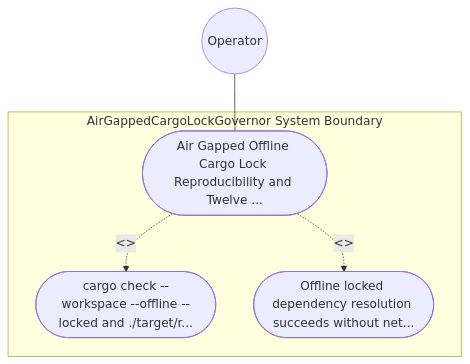
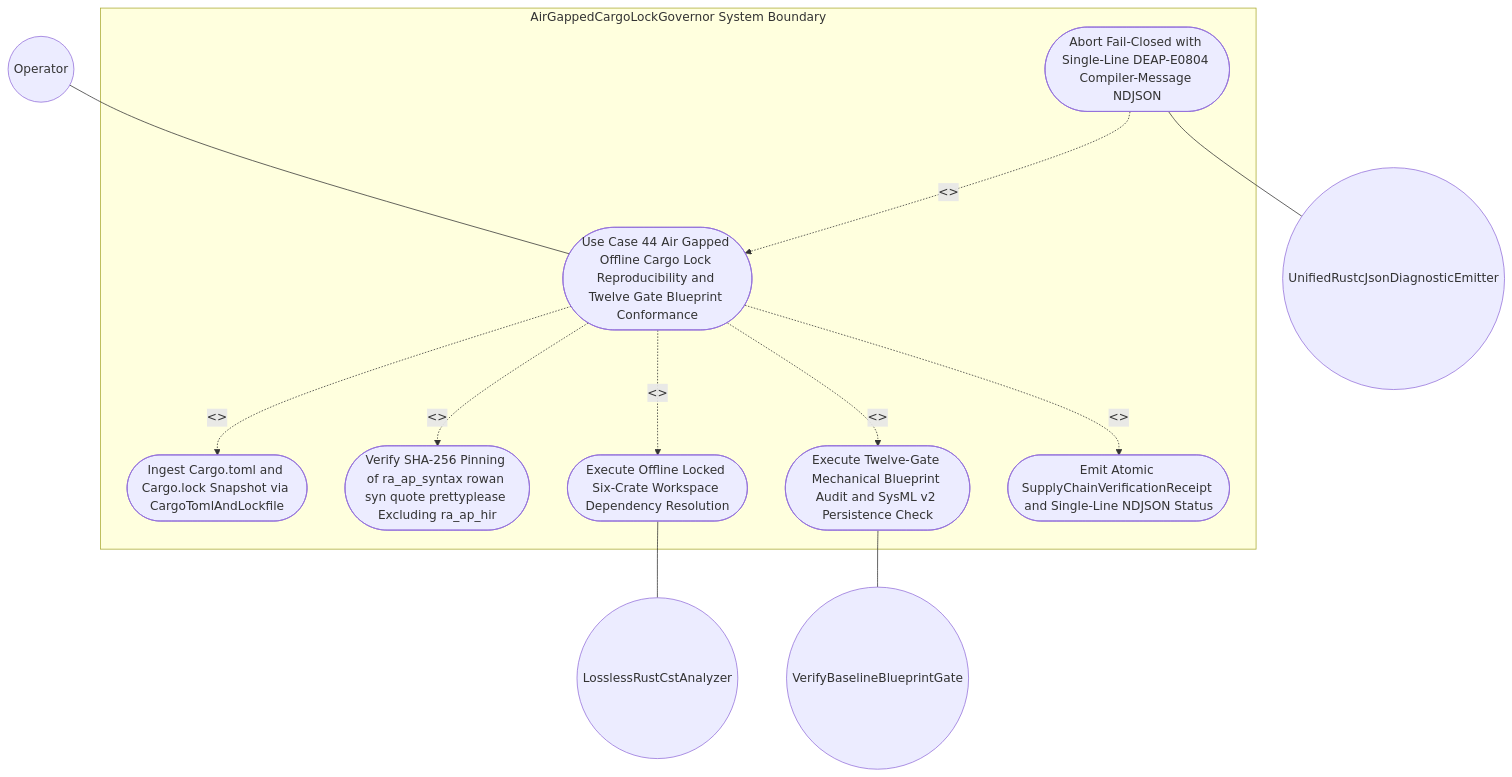
One commit to gintatkinson/DEAP01-spec-core changed the diagram in .pipeline/upstream/docs/use-cases/UC-44-Air_Gapped_Offline_Cargo_Lock_Reproducibility_and_Twelve_Gate_Blueprint_Conformance.md. Above: the diagram before and after it, drawn with Mermaid. The commit also changed other lines of this file and 3 other files, not shown here.

````diff
--- a/.pipeline/upstream/docs/use-cases/UC-44-Air_Gapped_Offline_Cargo_Lock_Reproducibility_and_Twelve_Gate_Blueprint_Conformance.md
+++ b/.pipeline/upstream/docs/use-cases/UC-44-Air_Gapped_Offline_Cargo_Lock_Reproducibility_and_Twelve_Gate_Blueprint_Conformance.md
@@ -16,11 +22,22 @@
 ```mermaid
 graph TD
     subgraph "AirGappedCargoLockGovernor System Boundary"
-        UC_Main(["Air Gapped Offline Cargo Lock Reproducibility and Twelve ..."])
-        UC_Step01(["cargo check --workspace --offline --locked and ./target/r..."])
-        UC_Step02(["Offline locked dependency resolution succeeds without net..."])
+        UC_Main(["Use Case 44 Air Gapped Offline Cargo Lock Reproducibility and Twelve Gate Blueprint Conformance"])
+        UC_Ingest(["Ingest Cargo.toml and Cargo.lock Snapshot via CargoTomlAndLockfile"])
+        UC_Pin(["Verify SHA-256 Pinning of ra_ap_syntax rowan syn quote prettyplease Excluding ra_ap_hir"])
+        UC_Offline(["Execute Offline Locked Six-Crate Workspace Dependency Resolution"])
+        UC_Gates(["Execute Twelve-Gate Mechanical Blueprint Audit and SysML v2 Persistence Check"])
+        UC_Receipt(["Emit Atomic SupplyChainVerificationReceipt and Single-Line NDJSON Status"])
+        UC_Reject(["Abort Fail-Closed with Single-Line DEAP-E0804 Compiler-Message NDJSON"])
     end
     Operator(("Operator")) --- UC_Main
-    UC_Main -. "<<include>>" .-> UC_Step01
-    UC_Main -. "<<include>>" .-> UC_Step02
+    UC_Main -. "<<include>>" .-> UC_Ingest
+    UC_Main -. "<<include>>" .-> UC_Pin
+    UC_Main -. "<<include>>" .-> UC_Offline
+    UC_Main -. "<<include>>" .-> UC_Gates
+    UC_Main -. "<<include>>" .-> UC_Receipt
+    UC_Reject -. "<<extend>>" .-> UC_Main
+    UC_Offline --- CstAnalyzer(("LosslessRustCstAnalyzer"))
+    UC_Gates --- BlueprintGate(("VerifyBaselineBlueprintGate"))
+    UC_Reject --- JsonEmitter(("UnifiedRustcJsonDiagnosticEmitter"))
 ```
````
